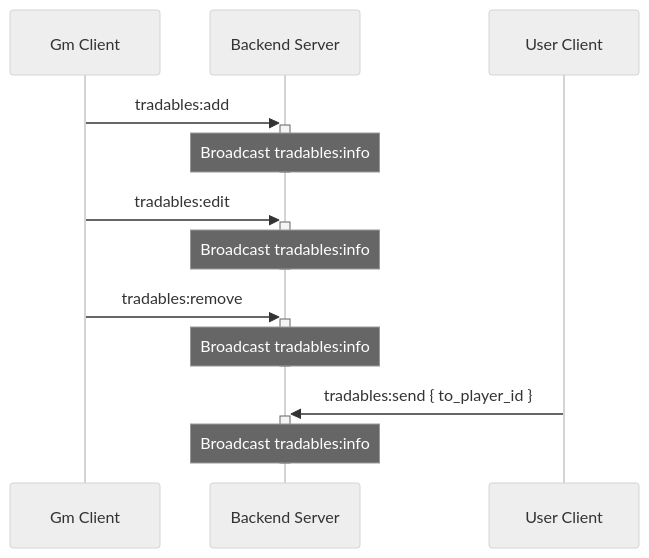
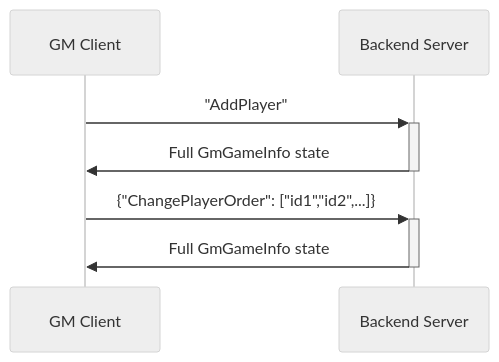
The fifth of 5 diagrams in docs/ARCHITECTURE.md (jakob-rzeppa/turnkeeper), drawn with Mermaid (neutral theme) before and after one commit. The commit also changed other lines of this file and 4 other files, not shown here.

````diff
--- a/docs/ARCHITECTURE.md
+++ b/docs/ARCHITECTURE.md
@@ -222,22 +166,11 @@
 ```mermaid
 sequenceDiagram
-    participant Gm as Gm Client
+    participant Gm as GM Client
     participant Backend as Backend Server
-    participant User as User Client
 
-    Gm->>+Backend: tradables:add
-    note over Backend: Broadcast tradables:info
-    deactivate Backend
+    Gm->>+Backend: "AddPlayer"
+    Backend->>-Gm: Full GmGameInfo state
 
-    Gm->>+Backend: tradables:edit
-    note over Backend: Broadcast tradables:info
-    deactivate Backend
-
-    Gm->>+Backend: tradables:remove
-    note over Backend: Broadcast tradables:info
-    deactivate Backend
-
-    User->>+Backend: tradables:send { to_player_id }
-    note over Backend: Broadcast tradables:info
-    deactivate Backend
+    Gm->>+Backend: {"ChangePlayerOrder": ["id1","id2",...]}
+    Backend->>-Gm: Full GmGameInfo state
 ```
````
